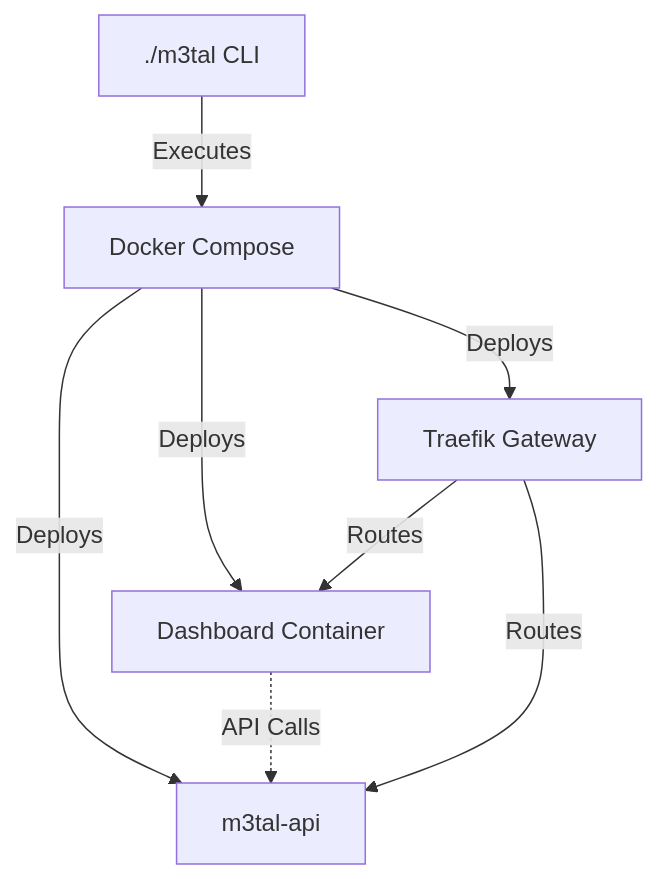
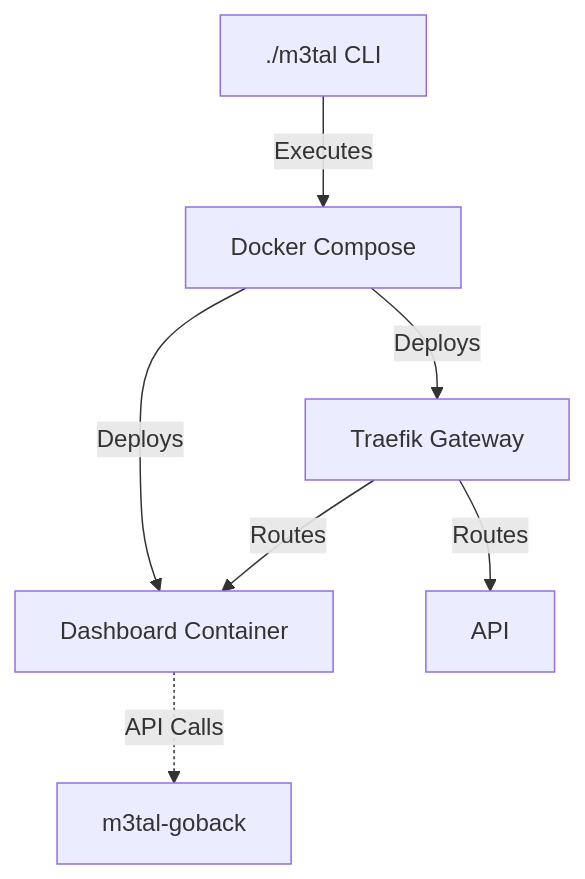
One commit to jakej985-rgb/M3tal-Media-Server changed the diagram in README.md. Above: the diagram before and after it, drawn with Mermaid. The commit also changed other lines of this file and 1 other file, not shown here.

````diff
--- a/README.md
+++ b/README.md
@@ -25,10 +24,9 @@
 ```mermaid
 graph TD
     CLI[./m3tal CLI] -->|Executes| Compose[Docker Compose]
     Compose -->|Deploys| Traefik[Traefik Gateway]
-    Compose -->|Deploys| API[m3tal-api]
     Compose -->|Deploys| Dash[Dashboard Container]
-    Dash -.->|API Calls| API
+    Dash -.->|API Calls| m3tal-goback
     Traefik -->|Routes| Dash
     Traefik -->|Routes| API
 ```
````
